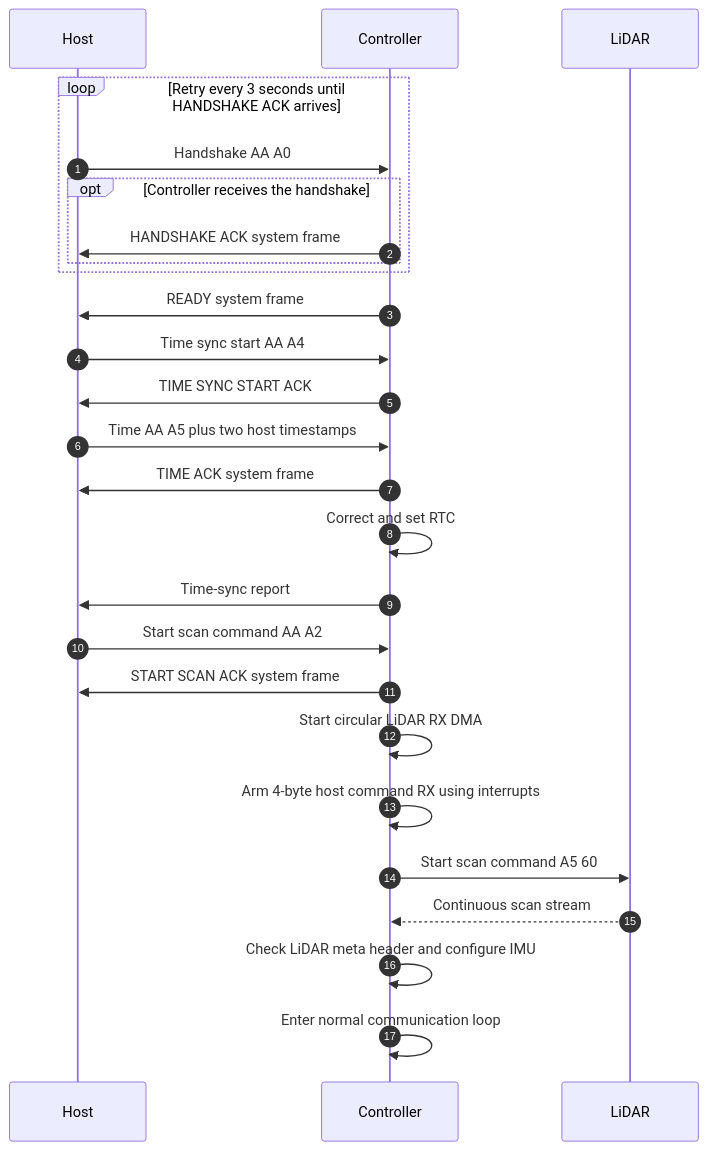
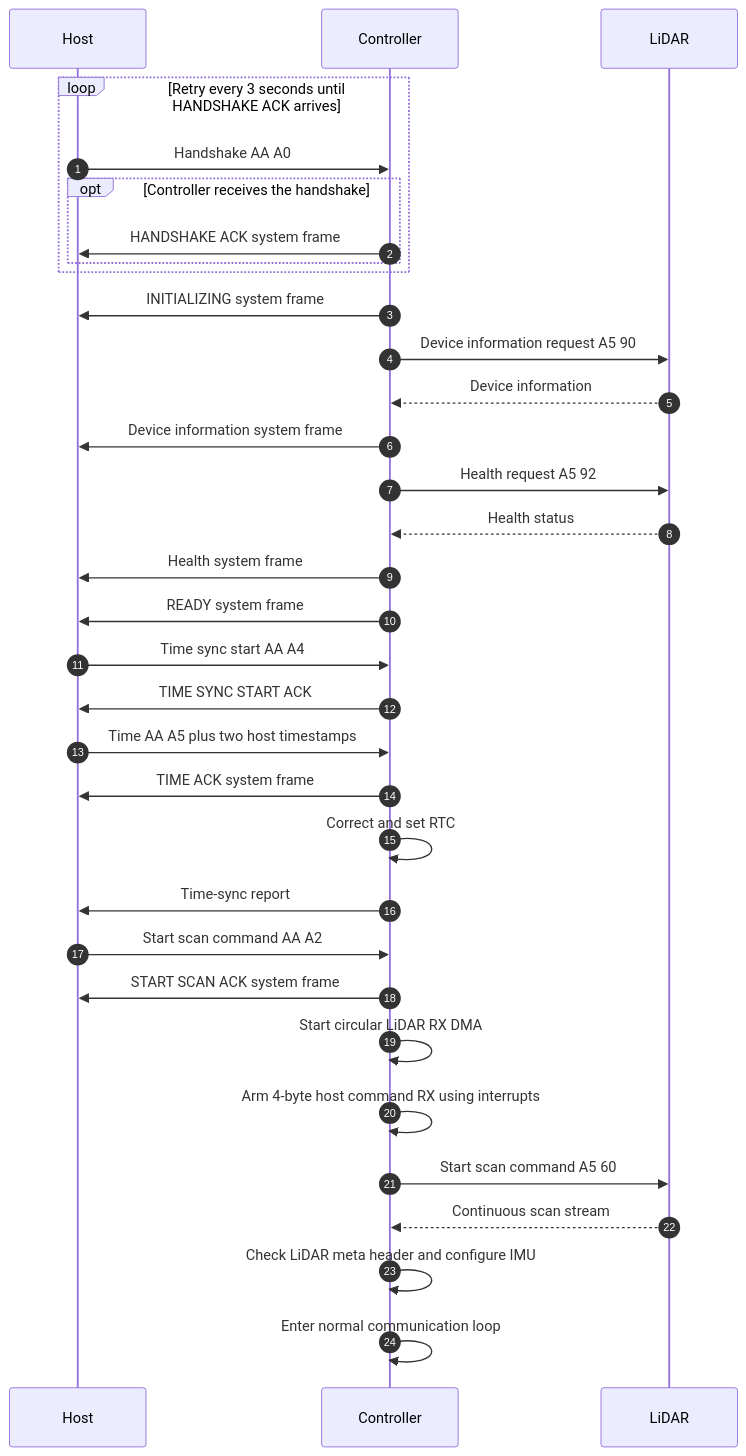
One commit to kei185/sensor-echo changed the first of 5 diagrams in docs/frame.md. Above: the diagram before and after it, drawn with Mermaid. The commit also changed other lines of this file and 18 other files, not shown here.

````diff
--- a/docs/frame.md
+++ b/docs/frame.md
@@ -14,29 +13,36 @@
 ```mermaid
 sequenceDiagram
     autonumber
     participant Host
     participant Controller
     participant LiDAR
 
     loop Retry every 3 seconds until HANDSHAKE ACK arrives
         Host->>Controller: Handshake AA A0
         opt Controller receives the handshake
             Controller->>Host: HANDSHAKE ACK system frame
         end
     end
+    Controller->>Host: INITIALIZING system frame
+    Controller->>LiDAR: Device information request A5 90
+    LiDAR-->>Controller: Device information
+    Controller->>Host: Device information system frame
+    Controller->>LiDAR: Health request A5 92
+    LiDAR-->>Controller: Health status
+    Controller->>Host: Health system frame
     Controller->>Host: READY system frame
     Host->>Controller: Time sync start AA A4
     Controller->>Host: TIME SYNC START ACK
     Host->>Controller: Time AA A5 plus two host timestamps
     Controller->>Host: TIME ACK system frame
     Controller->>Controller: Correct and set RTC
     Controller->>Host: Time-sync report
     Host->>Controller: Start scan command AA A2
     Controller->>Host: START SCAN ACK system frame
     Controller->>Controller: Start circular LiDAR RX DMA
     Controller->>Controller: Arm 4-byte host command RX using interrupts
     Controller->>LiDAR: Start scan command A5 60
     LiDAR-->>Controller: Continuous scan stream
     Controller->>Controller: Check LiDAR meta header and configure IMU
     Controller->>Controller: Enter normal communication loop
 ```
````
